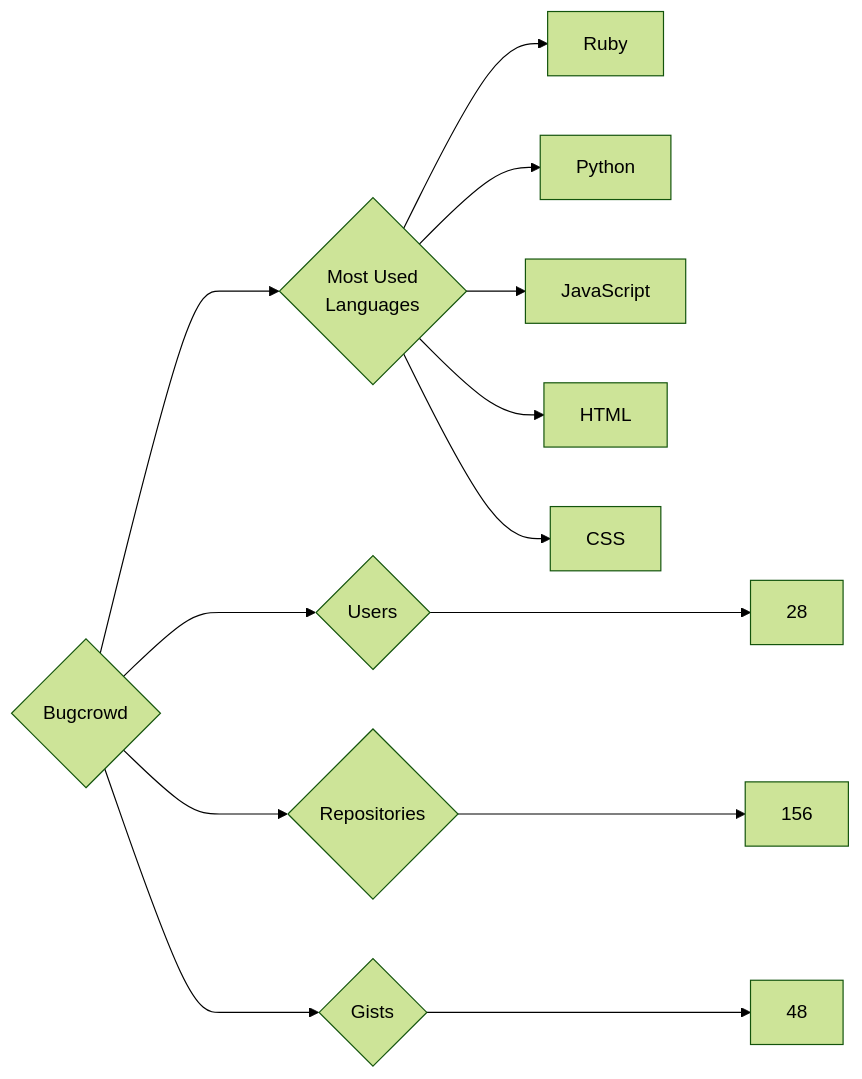
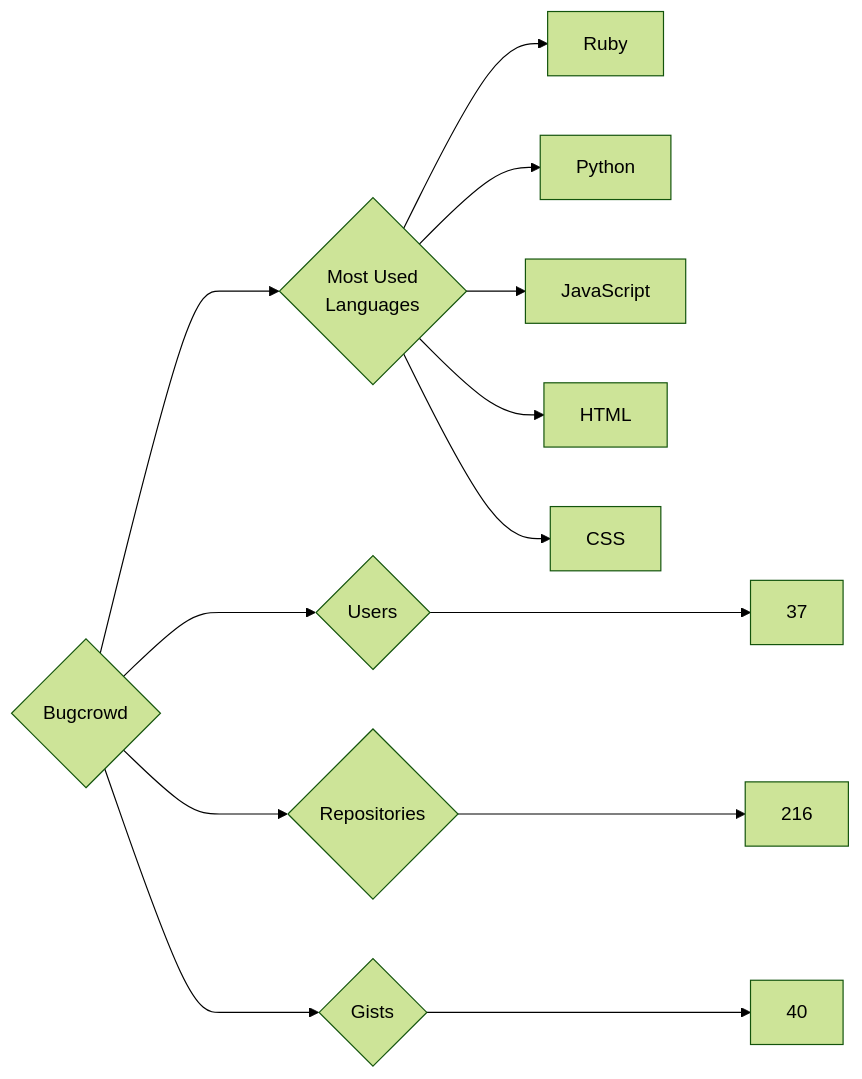
One commit to trickest/insiders changed the diagram in targets/Bugcrowd/README.md. Above: the diagram before and after it, drawn with Mermaid (forest theme). The commit also changed 644 other files, not shown here.

````diff
--- a/targets/Bugcrowd/README.md
+++ b/targets/Bugcrowd/README.md
@@ -3,13 +3,13 @@
 ```mermaid
 graph LR
 COMPANY_NAME{Bugcrowd}
-COMPANY_NAME ---> U{Users} ---> UN[28]
-COMPANY_NAME ---> R{Repositories} ---> RN[156]
-COMPANY_NAME ---> G{Gists} ---> GN[48]
+COMPANY_NAME ---> U{Users} ---> UN[37]
+COMPANY_NAME ---> R{Repositories} ---> RN[216]
+COMPANY_NAME ---> G{Gists} ---> GN[40]
 COMPANY_NAME ---> ML{Most Used<br>Languages}
 ML --> Ruby[Ruby]
 ML --> Python[Python]
 ML --> JavaScript[JavaScript]
 ML --> HTML[HTML]
 ML --> CSS[CSS]
 ```
````
